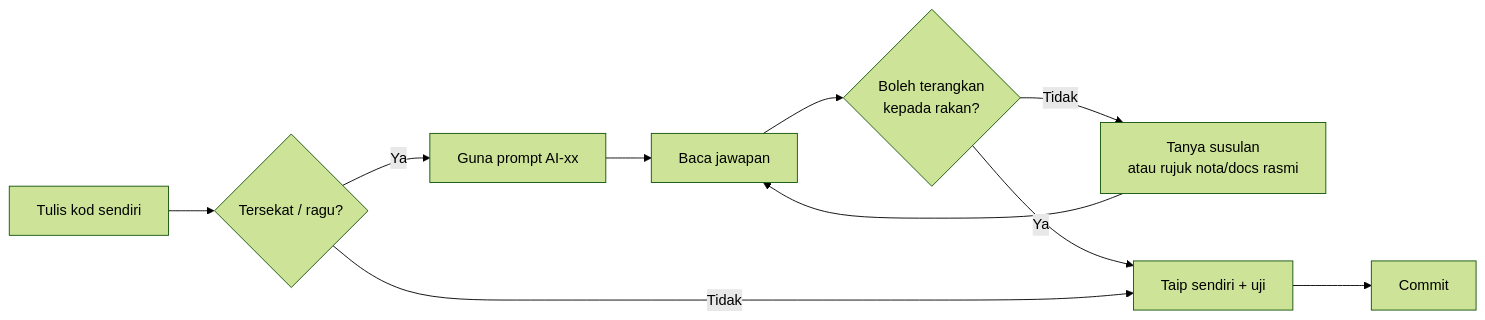
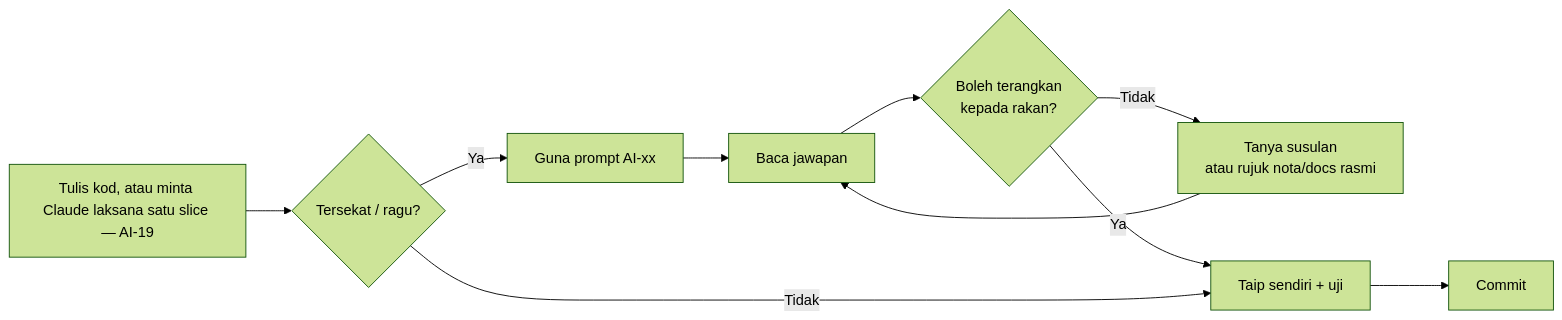
One commit to habibtalib/coach-codeigniter-10-hari-kkm-peserta changed the diagram in docs/pustaka-prompt.md. Above: the diagram before and after it, drawn with Mermaid (forest theme). The commit also changed other lines of this file and 27 other files, not shown here.

````diff
--- a/docs/pustaka-prompt.md
+++ b/docs/pustaka-prompt.md
@@ -10,12 +10,12 @@
 ```mermaid
 flowchart LR
-    A[Tulis kod sendiri] --> B{Tersekat / ragu?}
+    A[Tulis kod, atau minta Claude laksana satu slice — AI-19] --> B{Tersekat / ragu?}
     B -- Ya --> C[Guna prompt AI-xx]
     C --> D[Baca jawapan]
     D --> E{Boleh terangkan<br/>kepada rakan?}
     E -- Tidak --> F[Tanya susulan<br/>atau rujuk nota/docs rasmi]
     F --> D
     E -- Ya --> G[Taip sendiri + uji]
     G --> H[Commit]
     B -- Tidak --> G
 ```
````
